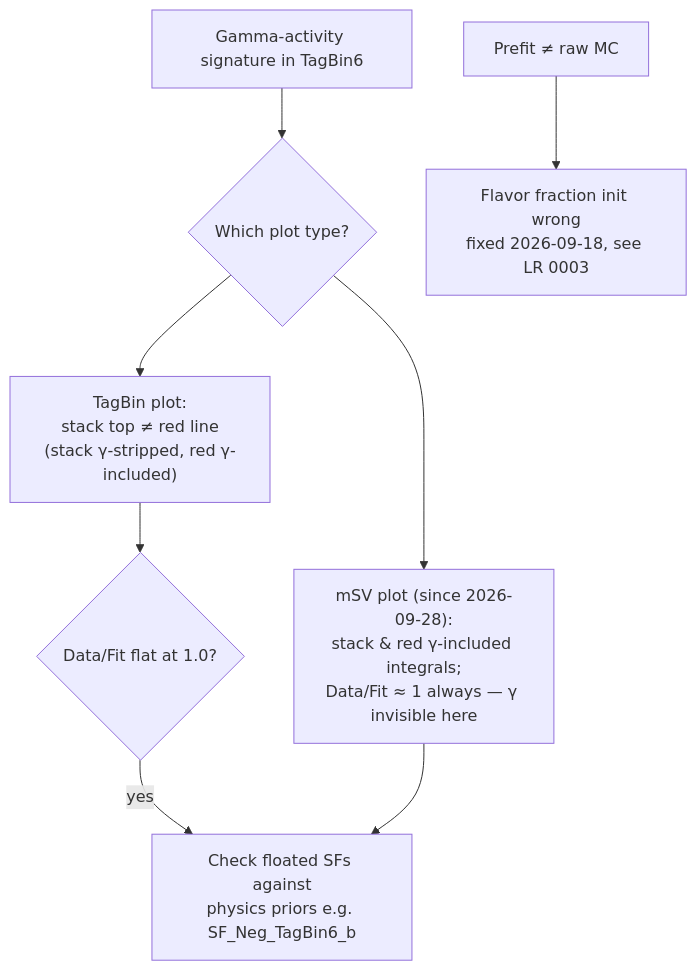
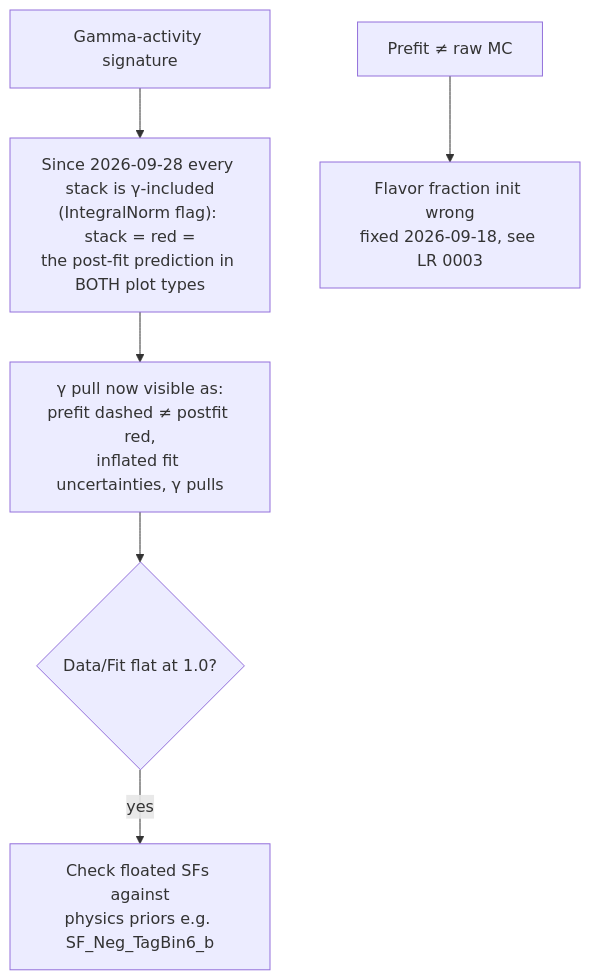
One commit to yfrua/FTAG_AQT_vault changed the diagram in lessons/reference/delta-method-and-plots.md. Above: the diagram before and after it, drawn with Mermaid. The commit also changed other lines of this file and 3 other files, not shown here.

````diff
--- a/lessons/reference/delta-method-and-plots.md
+++ b/lessons/reference/delta-method-and-plots.md
@@ -41,10 +41,8 @@
 ```mermaid
 flowchart TD
-    A[Gamma-activity signature in TagBin6] --> B{Which plot type?}
-    B --> C["TagBin plot:<br>stack top ≠ red line<br>(stack γ-stripped, red γ-included)"]
-    B --> D["mSV plot (since 2026-09-28):<br>stack & red γ-included integrals;<br>Data/Fit ≈ 1 always — γ invisible here"]
-    C --> E{Data/Fit flat at 1.0?}
-    E -- yes --> F[Check floated SFs against<br>physics priors e.g. SF_Neg_TagBin6_b]
-    D --> F
+    A[Gamma-activity signature] --> B["Since 2026-09-28 every stack is γ-included<br>(IntegralNorm flag): stack = red =<br>the post-fit prediction in BOTH plot types"]
+    B --> C["γ pull now visible as:<br>prefit dashed ≠ postfit red,<br>inflated fit uncertainties, γ pulls"]
+    C --> D{Data/Fit flat at 1.0?}
+    D -- yes --> E[Check floated SFs against<br>physics priors e.g. SF_Neg_TagBin6_b]
     G[Prefit ≠ raw MC] --> H[Flavor fraction init wrong<br>fixed 2026-09-18, see LR 0003]
 ```
````
